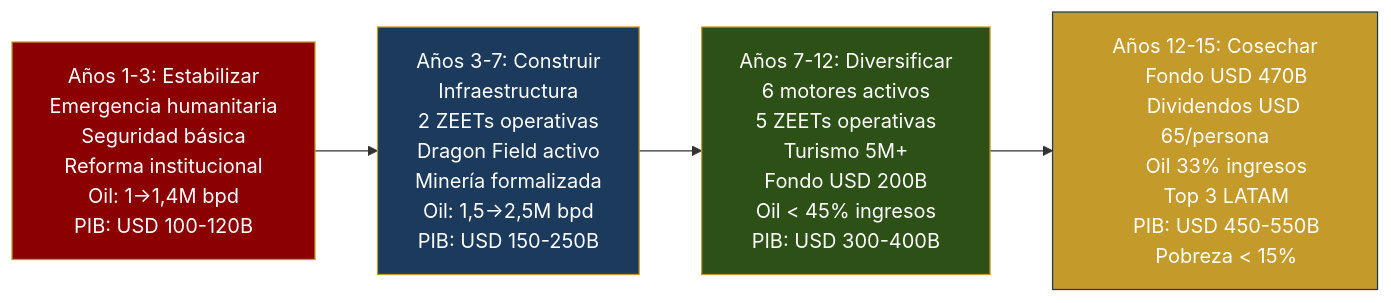
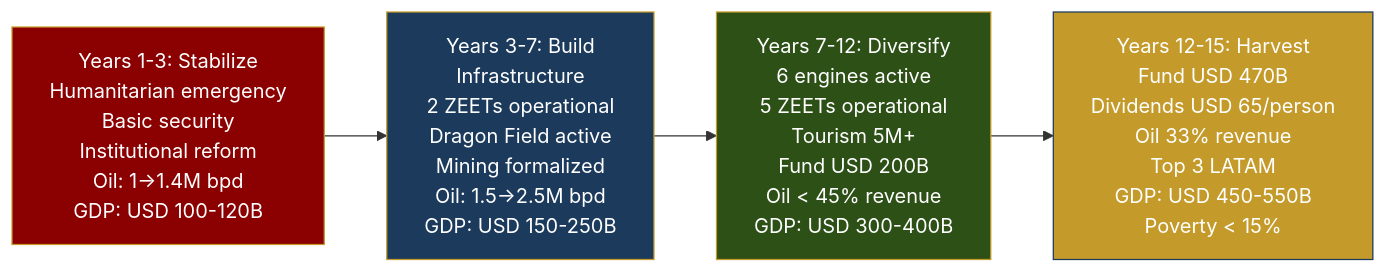
Before and after one commit to Venezuela-S-A/venezuela-sa: the tenth of 10 diagrams in i18n/en/docusaurus-plugin-content-docs/current/07-ejecucion/el-sueno.md, drawn with Mermaid. The commit also changed other lines of this file and 127 other files, not shown here.

````diff
--- a/i18n/en/docusaurus-plugin-content-docs/current/07-ejecucion/el-sueno.md
+++ b/i18n/en/docusaurus-plugin-content-docs/current/07-ejecucion/el-sueno.md
@@ -648,37 +648,37 @@
 ```mermaid
 flowchart LR
-    Y1["Años 1-3: Estabilizar
-    Emergencia humanitaria
-    Seguridad básica
-    Reforma institucional
-    Oil: 1→1,4M bpd
-    PIB: USD 100-120B"]
-    Y5["Años 3-7: Construir
-    Infraestructura
-    2 ZEETs operativas
-    Dragon Field activo
-    Minería formalizada
-    Oil: 1,5→2,5M bpd
-    PIB: USD 150-250B"]
-    Y10["Años 7-12: Diversificar
-    6 motores activos
-    5 ZEETs operativas
-    Turismo 5M+
-    Fondo USD 200B
-    Oil < 45% ingresos
-    PIB: USD 300-400B"]
-    Y15["Años 12-15: Cosechar
-    Fondo USD 470B
-    Dividendos USD 65/persona
-    Oil 33% ingresos
+    Y1["Years 1-3: Stabilize
+    Humanitarian emergency
+    Basic security
+    Institutional reform
+    Oil: 1→1.4M bpd
+    GDP: USD 100-120B"]
+    Y5["Years 3-7: Build
+    Infrastructure
+    2 ZEETs operational
+    Dragon Field active
+    Mining formalized
+    Oil: 1.5→2.5M bpd
+    GDP: USD 150-250B"]
+    Y10["Years 7-12: Diversify
+    6 engines active
+    5 ZEETs operational
+    Tourism 5M+
+    Fund USD 200B
+    Oil < 45% revenue
+    GDP: USD 300-400B"]
+    Y15["Years 12-15: Harvest
+    Fund USD 470B
+    Dividends USD 65/person
+    Oil 33% revenue
     Top 3 LATAM
-    PIB: USD 450-550B
-    Pobreza < 15%"]
+    GDP: USD 450-550B
+    Poverty < 15%"]
 
     Y1 --> Y5 --> Y10 --> Y15
 
     style Y1 fill:#8B0000,stroke:#C49A2A,color:#fff
     style Y5 fill:#1B3A5C,stroke:#C49A2A,color:#fff
     style Y10 fill:#2d5016,stroke:#C49A2A,color:#fff
     style Y15 fill:#C49A2A,stroke:#1B3A5C,color:#fff
 ```
````
